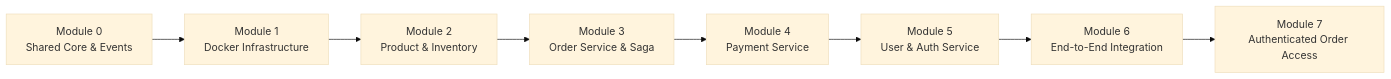
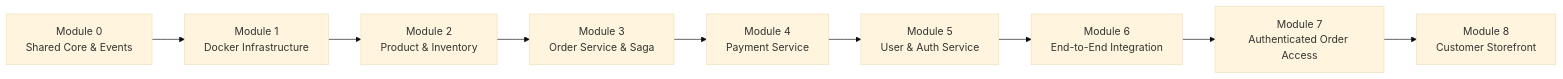
The diagram in IMPLEMENTATION_GUIDE.md (Collinsolayemi/py-commerce-microservices), drawn with Mermaid (base theme) before and after one commit. The commit also changed other lines of this file and 27 other files, not shown here.

Commit message:
feat(storefront): implement Module 8 FORME customer storefront and proxy tests

````diff
--- a/IMPLEMENTATION_GUIDE.md
+++ b/IMPLEMENTATION_GUIDE.md
@@ -11,10 +11,11 @@
 ```mermaid
 flowchart LR
     M0["Module 0<br/>Shared Core & Events"] --> M1["Module 1<br/>Docker Infrastructure"]
     M1 --> M2["Module 2<br/>Product & Inventory"]
     M2 --> M3["Module 3<br/>Order Service & Saga"]
     M3 --> M4["Module 4<br/>Payment Service"]
     M4 --> M5["Module 5<br/>User & Auth Service"]
     M5 --> M6["Module 6<br/>End-to-End Integration"]
     M6 --> M7["Module 7<br/>Authenticated Order Access"]
+    M7 --> M8["Module 8<br/>Customer Storefront"]
 ```
````
